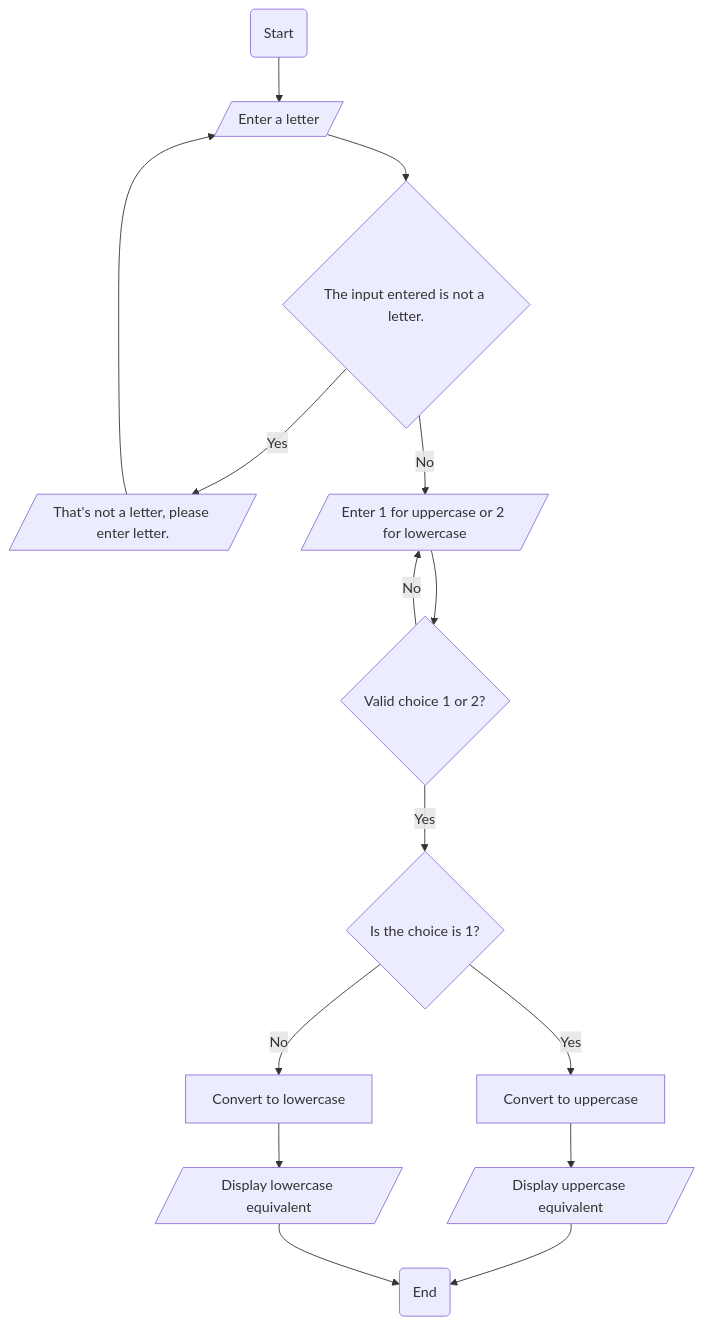
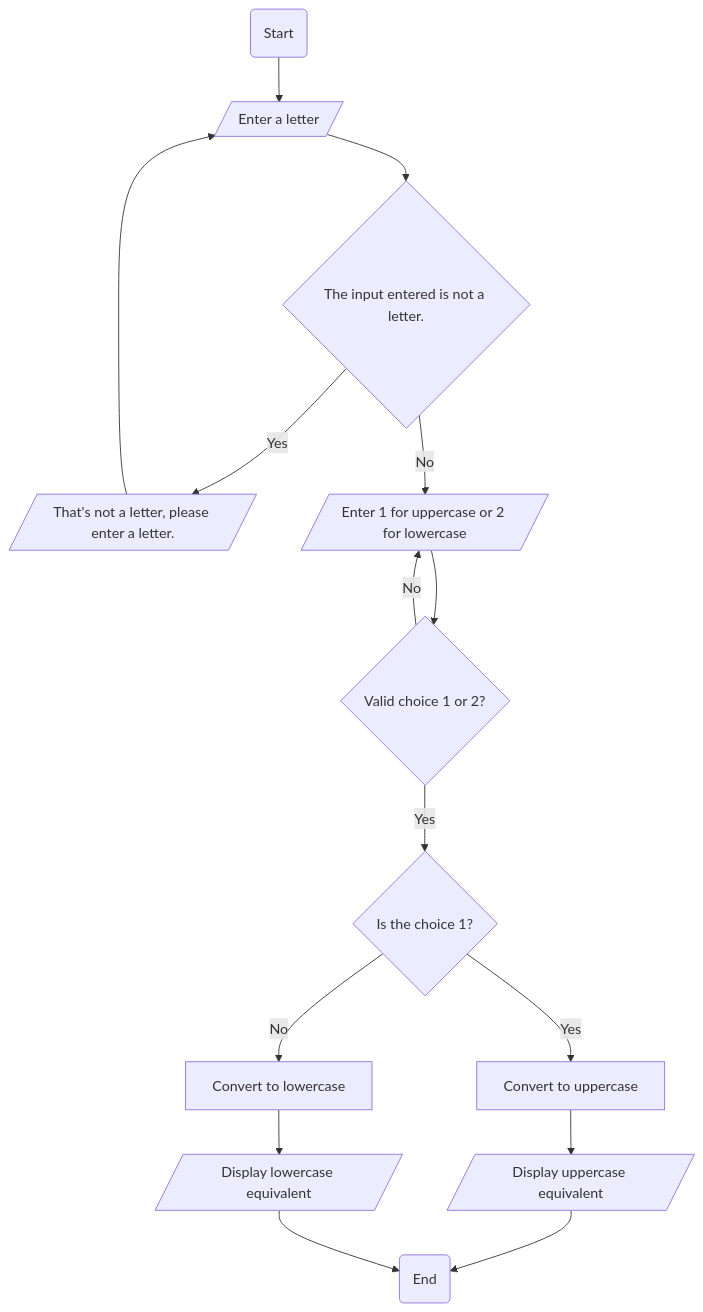
The diagram in ETS1303_15_TESFAMICHAEL_TAFERE/Q#3.md (SWEG-2015EC-Batch/Code-Warrior), drawn with Mermaid before and after one commit.

````diff
--- a/ETS1303_15_TESFAMICHAEL_TAFERE/Q#3.md
+++ b/ETS1303_15_TESFAMICHAEL_TAFERE/Q#3.md
@@ -4,16 +4,16 @@
 ```mermaid
 flowchart TB
     A(Start) --> B[/Enter a letter/]
     B--> C{The input entered is not a letter.}
-    C--> |Yes| D[/That's not a letter, please enter letter./]-->B
+    C--> |Yes| D[/That's not a letter, please enter a letter./]-->B
     C--> |No| E[/Enter 1 for uppercase or 2 for lowercase/]
     E --> F{Valid choice 1 or 2?}
-F--> |Yes| G{Is the choice is 1?}
+F--> |Yes| G{Is the choice 1?}
     G --> |Yes| H[Convert to uppercase]
     F--> |No| E
     H--> I[/Display uppercase equivalent/]
     I--> L(End)
     G --> |No| J[Convert to lowercase]
     J --> K[/Display lowercase equivalent/]
     K --> L(End)
 ```
````
